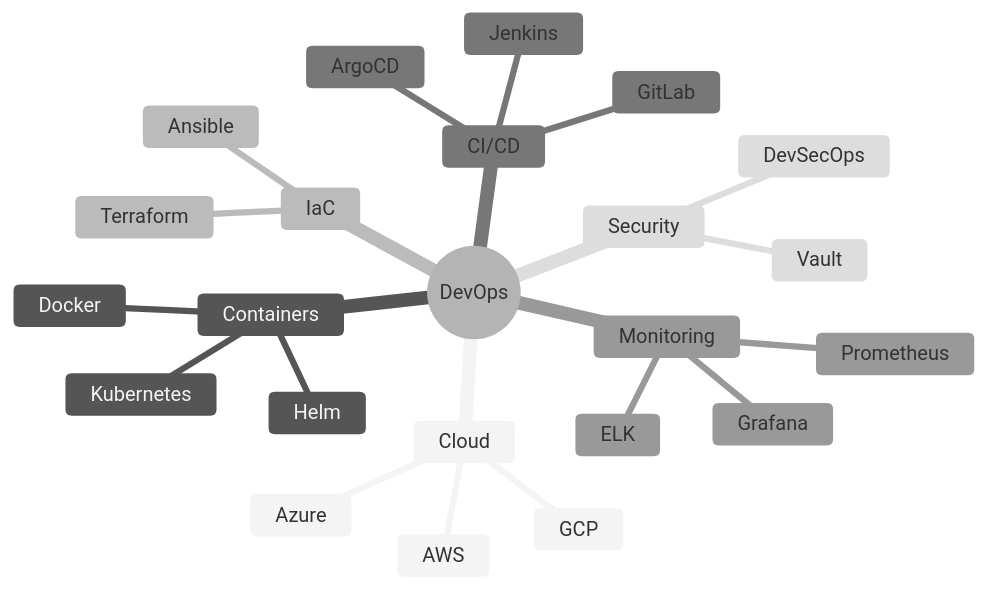
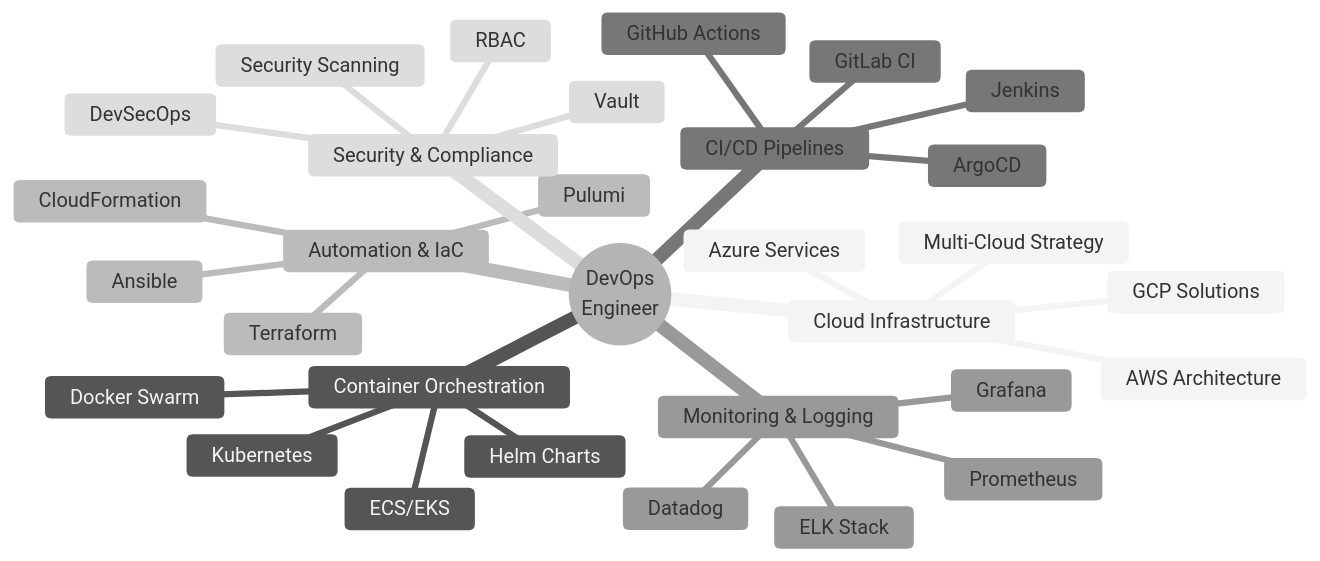
One commit to SagarBawanthade/SagarBawanthade changed the diagram in README.md. Above: the diagram before and after it, drawn with Mermaid (neutral theme). The commit also changed other lines of this file, not shown here.

````diff
--- a/README.md
+++ b/README.md
@@ -166,26 +247,34 @@
 ```mermaid
 mindmap
-  root((DevOps))
-    Cloud
-      AWS
-      Azure
-      GCP
-    Containers
+  root((DevOps<br/>Engineer))
+    Cloud Infrastructure
+      AWS Architecture
+      Azure Services
+      GCP Solutions
+      Multi-Cloud Strategy
+    Container Orchestration
       Kubernetes
-      Docker
-      Helm
-    IaC
+      Docker Swarm
+      ECS/EKS
+      Helm Charts
+    Automation & IaC
       Terraform
       Ansible
-    CI/CD
+      CloudFormation
+      Pulumi
+    CI/CD Pipelines
       Jenkins
-      GitLab
+      GitLab CI
+      GitHub Actions
       ArgoCD
-    Monitoring
+    Monitoring & Logging
       Prometheus
       Grafana
-      ELK
-    Security
+      ELK Stack
+      Datadog
+    Security & Compliance
       DevSecOps
       Vault
+      Security Scanning
+      RBAC
 ```
````
